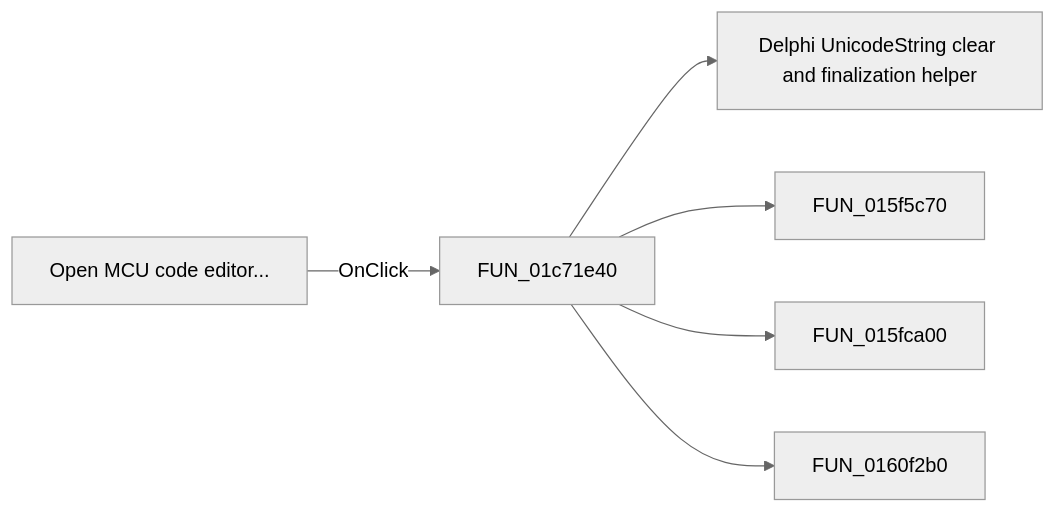
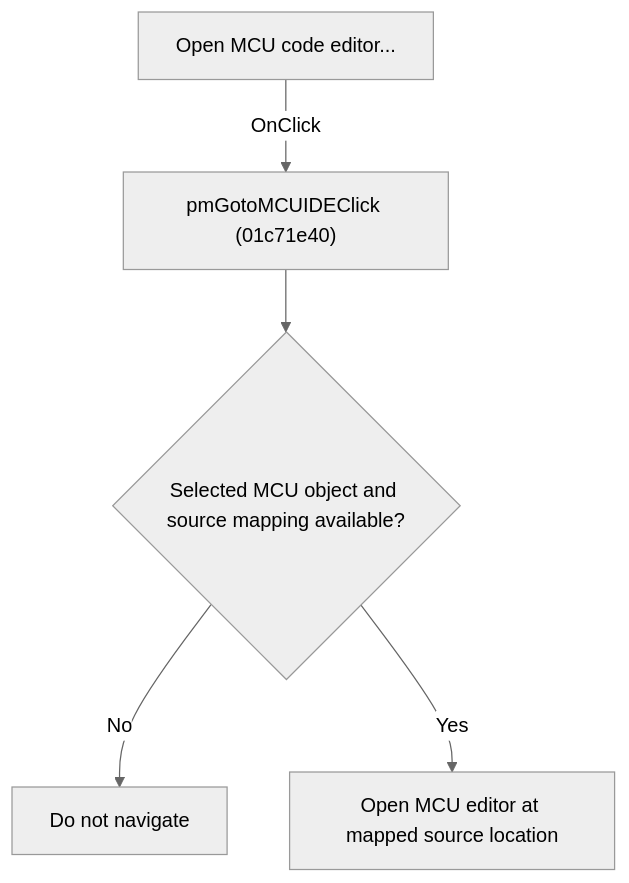
The diagram in docs/ui-controls/schematiceditor/pmgotomcuide-db91fb7a83.md (MovGP0/TIARA), drawn with Mermaid (neutral theme) before and after one commit. The commit also changed other lines of this file and 1062 other files, not shown here.

````diff
--- a/docs/ui-controls/schematiceditor/pmgotomcuide-db91fb7a83.md
+++ b/docs/ui-controls/schematiceditor/pmgotomcuide-db91fb7a83.md
@@ -27,8 +27,7 @@
 ```mermaid
-flowchart LR
-    control["Open MCU code editor..."] -->|OnClick| handler["FUN_01c71e40"]
-    handler --> call1["Delphi UnicodeString clear and finalization helper"]
-    handler --> call2["FUN_015f5c70"]
-    handler --> call3["FUN_015fca00"]
-    handler --> call4["FUN_0160f2b0"]
+flowchart TD
+    control["Open MCU code editor..."] -->|"OnClick"| handler["pmGotoMCUIDEClick (01c71e40)"]
+    handler --> guard{"Selected MCU object and source mapping available?"}
+    guard -->|"No"| noChange["Do not navigate"]
+    guard -->|"Yes"| action["Open MCU editor at mapped source location"]
 ```
````
